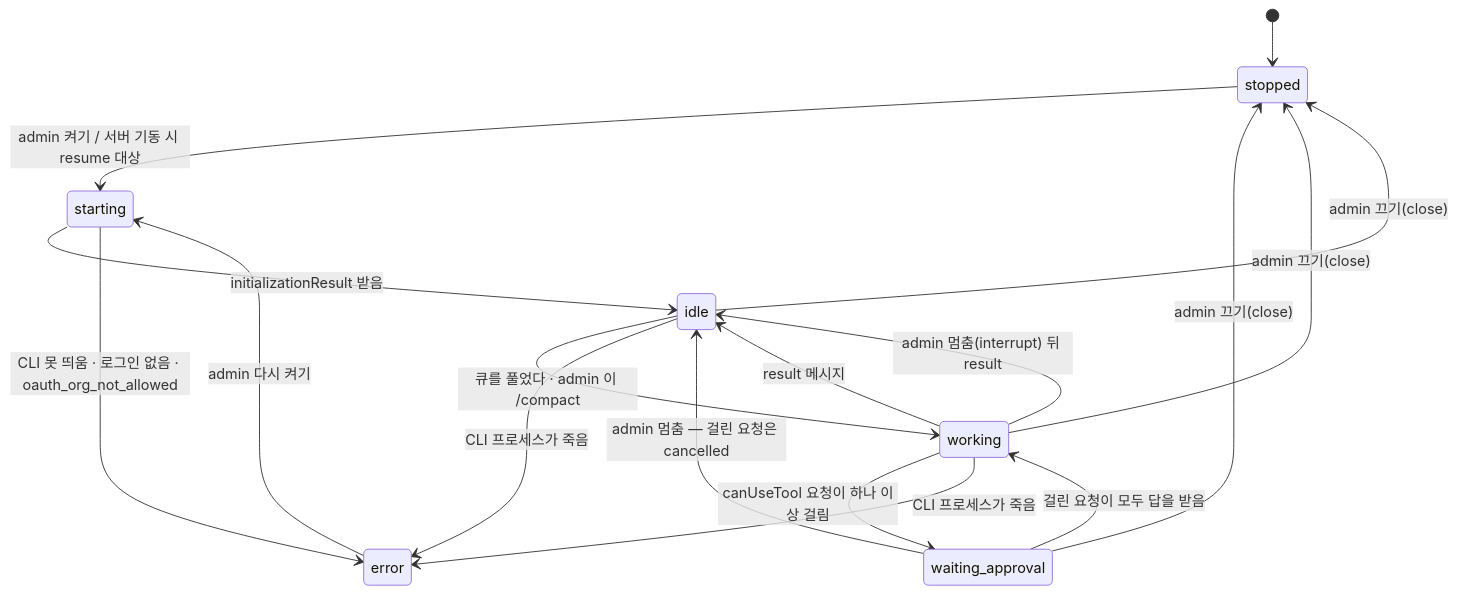
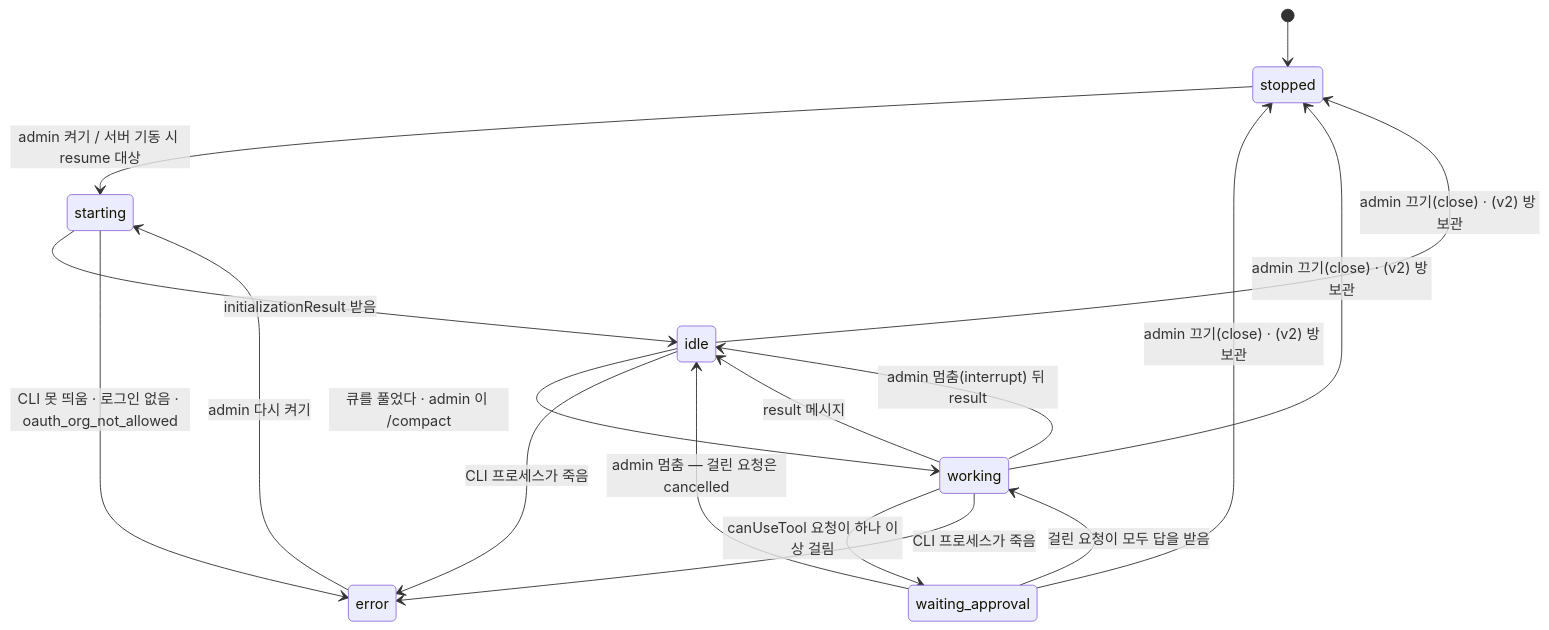
Before and after one commit to bjw202/cockpit: the diagram in docs/ARCHITECTURE.md, drawn with Mermaid. The commit also changed other lines of this file, not shown here.

First line of the commit message:
docs(D0-v2): ARCHITECTURE — 4.3 봉투 규칙(봉투 없음 → 안 감) · 4.6 방 만들기 흐름과 되돌림 · 4.7 옛 files 방 이관 · 7 화면(옮기는 파일 다섯 · 고치는 자리 · 접이식 판) · 8.4 minidiscord 화면이 부르는 길 15 · fetch_history attachments · 11.1 prodev 고칠 자리 11

````diff
--- a/docs/ARCHITECTURE.md
+++ b/docs/ARCHITECTURE.md
@@ -170,19 +233,19 @@
 ```mermaid
 stateDiagram-v2
     [*] --> stopped
     stopped --> starting: admin 켜기 / 서버 기동 시 resume 대상
     starting --> idle: initializationResult 받음
     starting --> error: CLI 못 띄움 · 로그인 없음 · oauth_org_not_allowed
     idle --> working: 큐를 풀었다 · admin 이 /compact
     working --> waiting_approval: canUseTool 요청이 하나 이상 걸림
     waiting_approval --> working: 걸린 요청이 모두 답을 받음
     working --> idle: result 메시지
     working --> idle: admin 멈춤(interrupt) 뒤 result
     waiting_approval --> idle: admin 멈춤 — 걸린 요청은 cancelled
-    idle --> stopped: admin 끄기(close)
-    working --> stopped: admin 끄기(close)
-    waiting_approval --> stopped: admin 끄기(close)
+    idle --> stopped: admin 끄기(close) · (v2) 방 보관
+    working --> stopped: admin 끄기(close) · (v2) 방 보관
+    waiting_approval --> stopped: admin 끄기(close) · (v2) 방 보관
     error --> starting: admin 다시 켜기
     working --> error: CLI 프로세스가 죽음
     idle --> error: CLI 프로세스가 죽음
 ```
````
